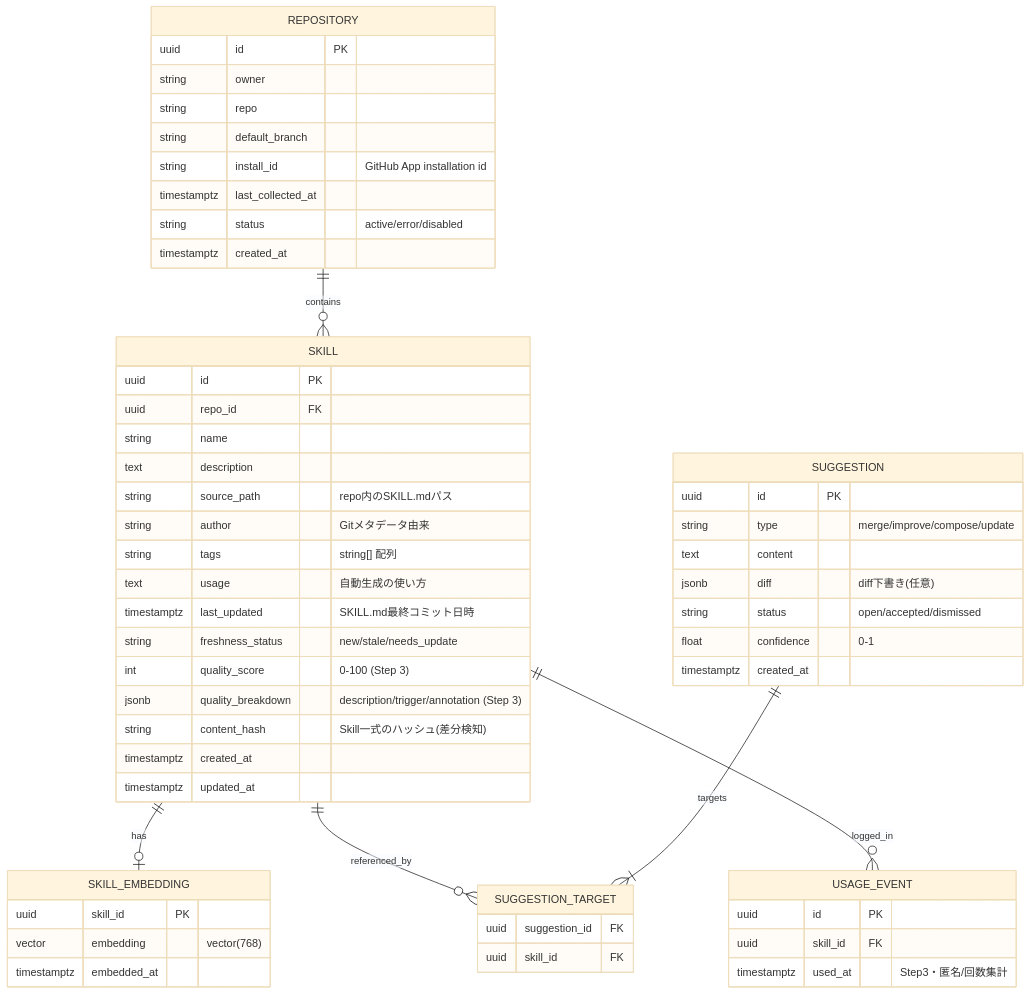
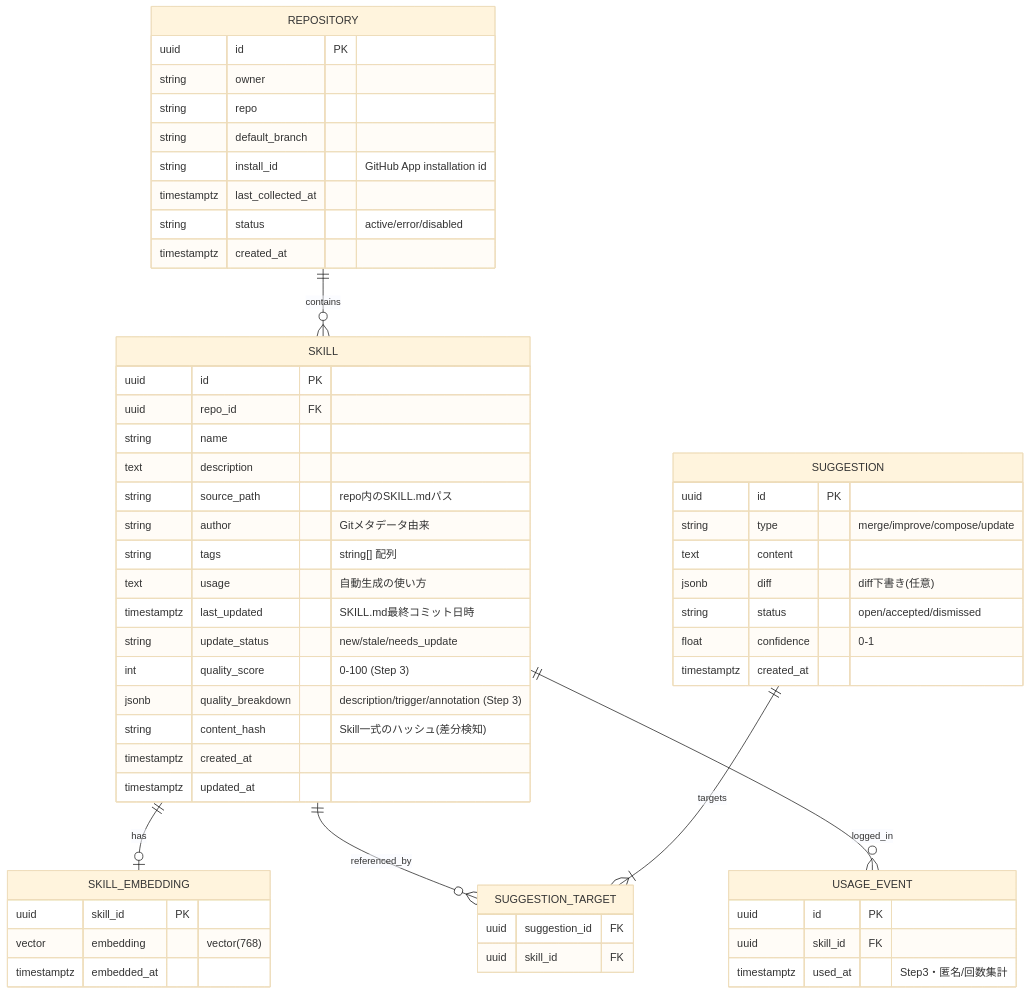
The fourth of 4 diagrams in docs/designs/overview/overview.md (t-devops-hackathon-2026/SkillsHub), drawn with Mermaid (base theme) before and after one commit. The commit also changed 14 other files, not shown here.

````diff
--- a/docs/designs/overview/overview.md
+++ b/docs/designs/overview/overview.md
@@ -251,59 +251,59 @@
 ```mermaid
 erDiagram
     REPOSITORY ||--o{ SKILL : contains
     SKILL ||--o| SKILL_EMBEDDING : has
     SKILL ||--o{ SUGGESTION_TARGET : referenced_by
     SUGGESTION ||--|{ SUGGESTION_TARGET : targets
     SKILL ||--o{ USAGE_EVENT : logged_in
 
     REPOSITORY {
         uuid id PK
         string owner
         string repo
         string default_branch
         string install_id "GitHub App installation id"
         timestamptz last_collected_at
         string status "active/error/disabled"
         timestamptz created_at
     }
     SKILL {
         uuid id PK
         uuid repo_id FK
         string name
         text description
         string source_path "repo内のSKILL.mdパス"
         string author "Gitメタデータ由来"
         string tags "string[] 配列"
         text usage "自動生成の使い方"
         timestamptz last_updated "SKILL.md最終コミット日時"
-        string freshness_status "new/stale/needs_update"
+        string update_status "new/stale/needs_update"
         int quality_score "0-100 (Step 3)"
         jsonb quality_breakdown "description/trigger/annotation (Step 3)"
         string content_hash "Skill一式のハッシュ(差分検知)"
         timestamptz created_at
         timestamptz updated_at
     }
     SKILL_EMBEDDING {
         uuid skill_id PK
         vector embedding "vector(768)"
         timestamptz embedded_at
     }
     SUGGESTION {
         uuid id PK
         string type "merge/improve/compose/update"
         text content
         jsonb diff "diff下書き(任意)"
         string status "open/accepted/dismissed"
         float confidence "0-1"
         timestamptz created_at
     }
     SUGGESTION_TARGET {
         uuid suggestion_id FK
         uuid skill_id FK
     }
     USAGE_EVENT {
         uuid id PK
         uuid skill_id FK
         timestamptz used_at "Step3・匿名/回数集計"
     }
 ```
````
